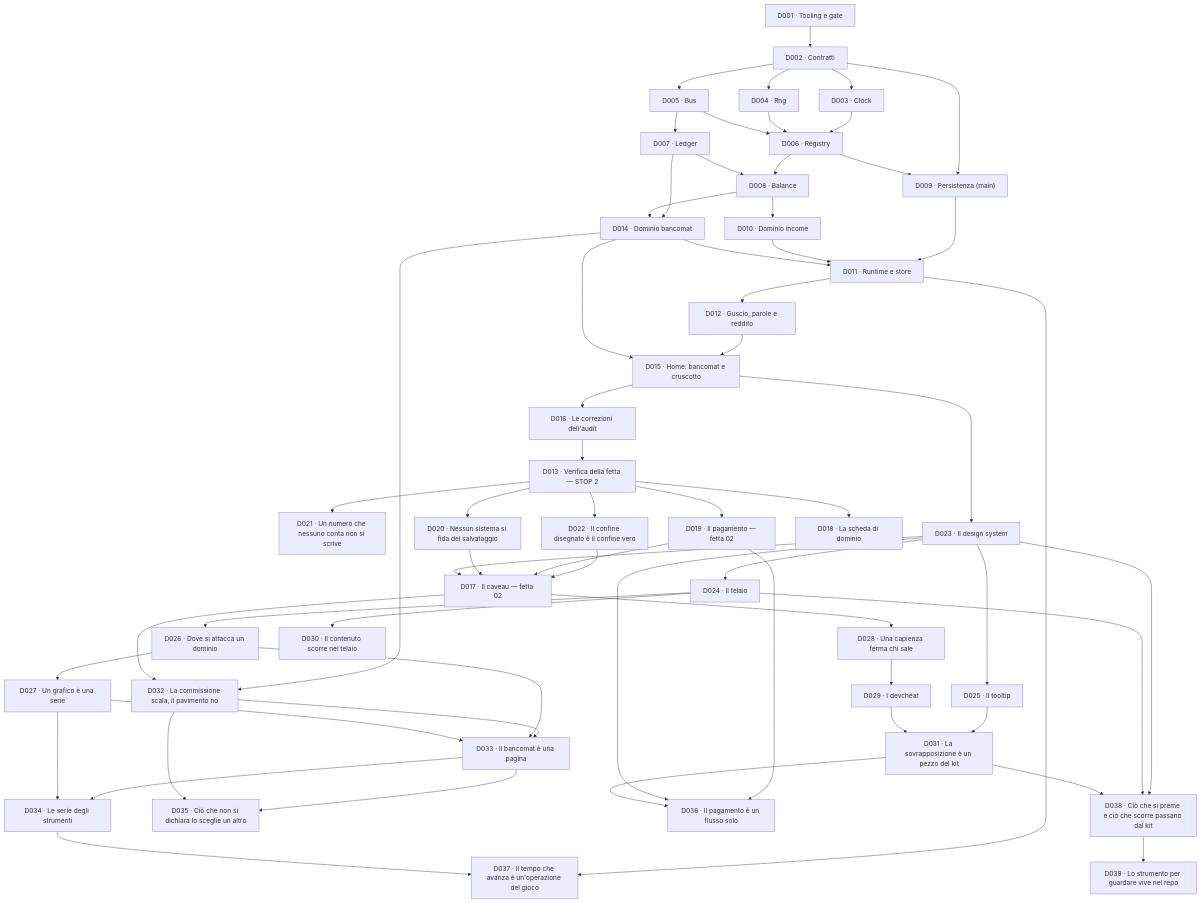
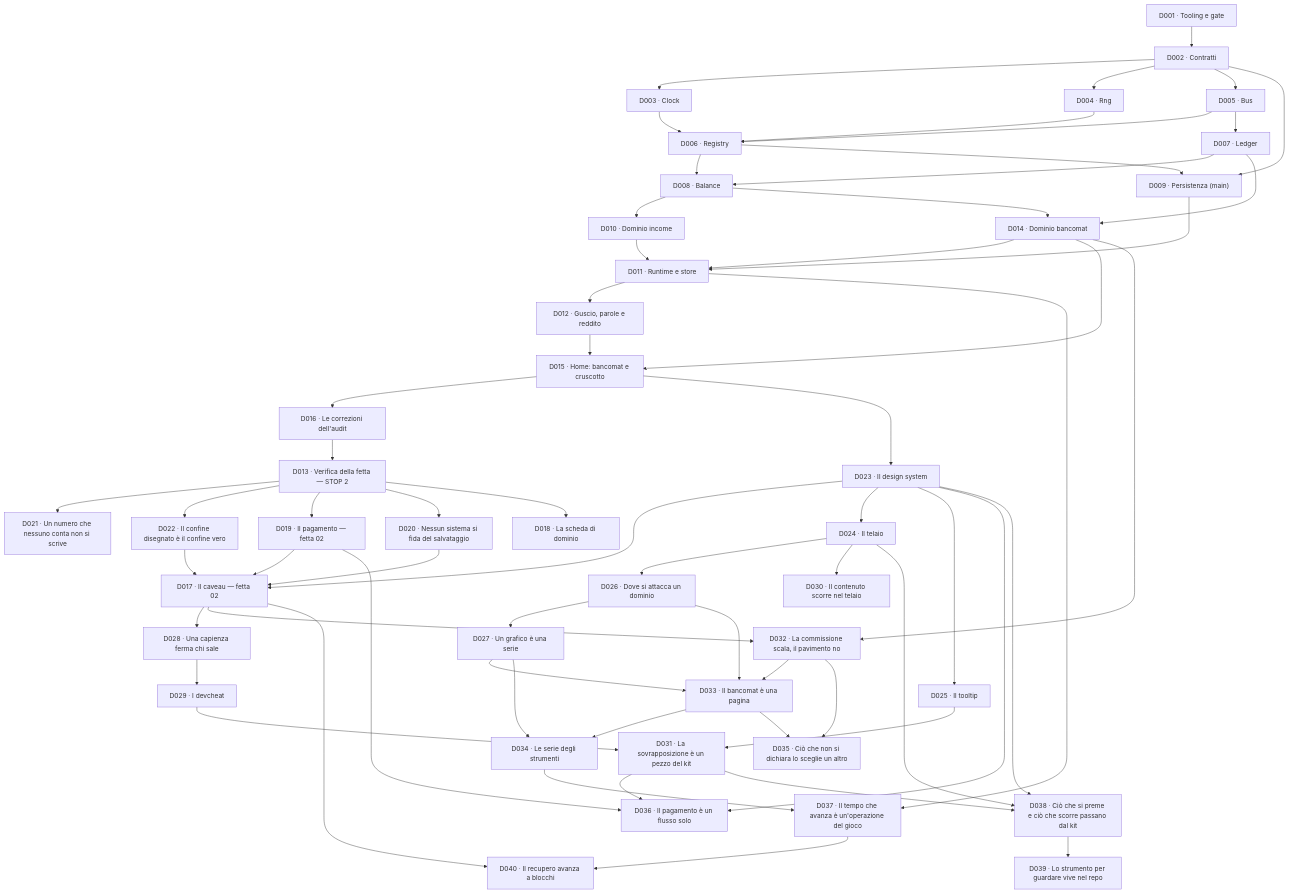
One commit to devfrx/solvent changed the diagram in docs/delega/README.md. Above: the diagram before and after it, drawn with Mermaid. The commit also changed other lines of this file and 3 other files, not shown here.

````diff
--- a/docs/delega/README.md
+++ b/docs/delega/README.md
@@ -74,63 +74,65 @@
 ```mermaid
 flowchart TD
   D001["D001 · Tooling e gate"] --> D002["D002 · Contratti"]
   D002 --> D003["D003 · Clock"]
   D002 --> D004["D004 · Rng"]
   D002 --> D005["D005 · Bus"]
   D003 --> D006["D006 · Registry"]
   D004 --> D006
   D005 --> D006
   D005 --> D007["D007 · Ledger"]
   D006 --> D008["D008 · Balance"]
   D007 --> D008
   D002 --> D009["D009 · Persistenza (main)"]
   D006 --> D009
   D008 --> D010["D010 · Dominio income"]
   D007 --> D014["D014 · Dominio bancomat"]
   D008 --> D014
   D009 --> D011["D011 · Runtime e store"]
   D010 --> D011
   D014 --> D011
   D011 --> D012["D012 · Guscio, parole e reddito"]
   D012 --> D015["D015 · Home: bancomat e cruscotto"]
   D014 --> D015
   D015 --> D016["D016 · Le correzioni dell'audit"]
   D016 --> D013["D013 · Verifica della fetta — STOP 2"]
   D013 --> D021["D021 · Un numero che nessuno conta non si scrive"]
   D013 --> D022["D022 · Il confine disegnato è il confine vero"]
   D022 --> D017
   D013 --> D019["D019 · Il pagamento — fetta 02"]
   D013 --> D020["D020 · Nessun sistema si fida del salvataggio"]
   D015 --> D023["D023 · Il design system"]
   D019 --> D017["D017 · Il caveau — fetta 02"]
   D020 --> D017
   D023 --> D017
   D013 --> D018["D018 · La scheda di dominio"]
   D023 --> D024["D024 · Il telaio"]
   D023 --> D025["D025 · Il tooltip"]
   D024 --> D026["D026 · Dove si attacca un dominio"]
   D026 --> D027["D027 · Un grafico è una serie"]
   D017 --> D028["D028 · Una capienza ferma chi sale"]
   D028 --> D029["D029 · I devcheat"]
   D024 --> D030["D030 · Il contenuto scorre nel telaio"]
   D025 --> D031["D031 · La sovrapposizione è un pezzo del kit"]
   D029 --> D031
   D014 --> D032["D032 · La commissione scala, il pavimento no"]
   D017 --> D032
   D032 --> D033["D033 · Il bancomat è una pagina"]
   D026 --> D033
   D027 --> D033
   D033 --> D034["D034 · Le serie degli strumenti"]
   D027 --> D034
   D033 --> D035["D035 · Ciò che non si dichiara lo sceglie un altro"]
   D032 --> D035
   D019 --> D036["D036 · Il pagamento è un flusso solo"]
   D023 --> D036
   D031 --> D036
   D011 --> D037["D037 · Il tempo che avanza è un'operazione del gioco"]
   D034 --> D037
   D023 --> D038["D038 · Ciò che si preme e ciò che scorre passano dal kit"]
   D024 --> D038
   D031 --> D038
   D038 --> D039["D039 · Lo strumento per guardare vive nel repo"]
+  D037 --> D040["D040 · Il recupero avanza a blocchi"]
+  D017 --> D040
 ```
````
